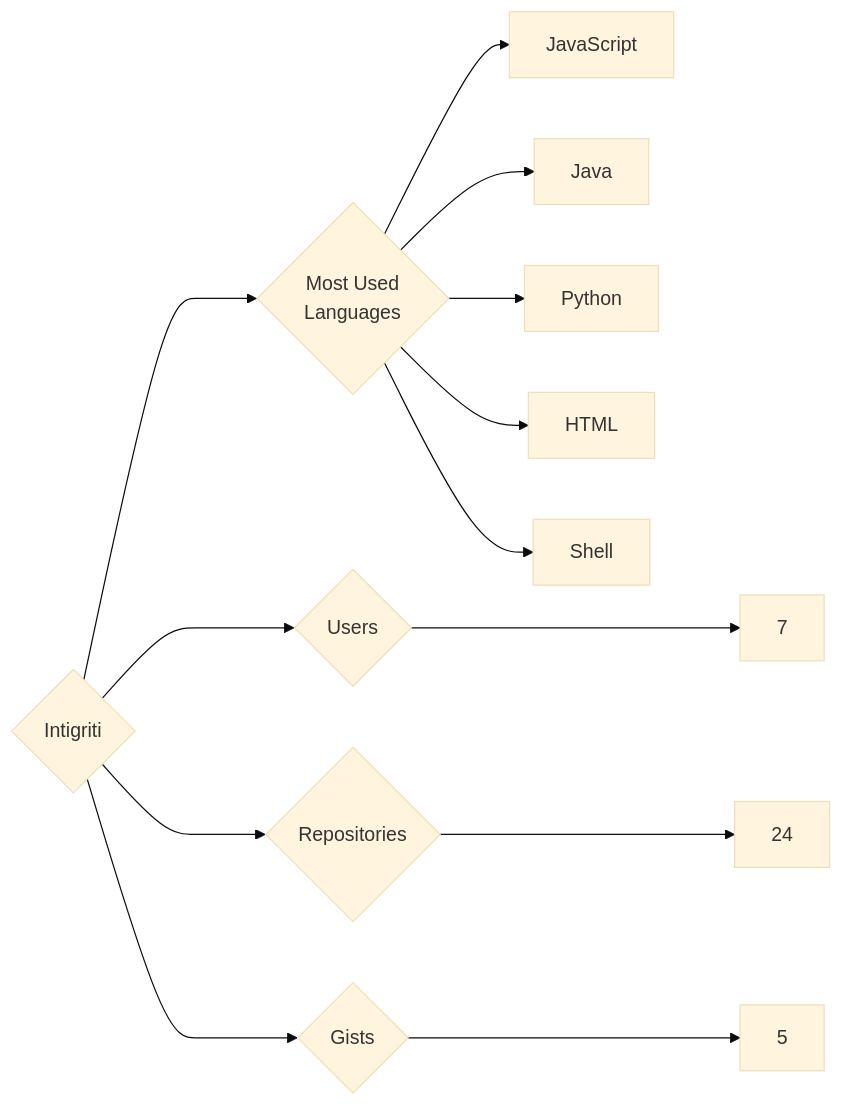
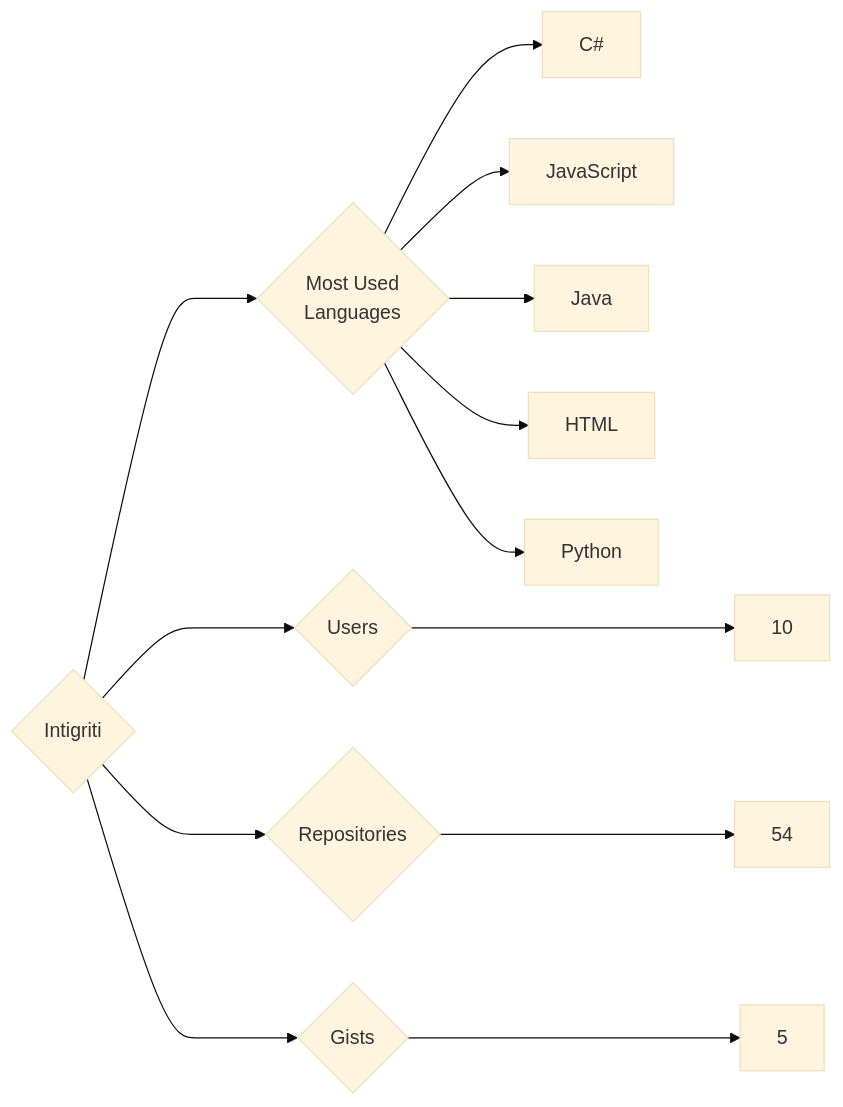
One commit to trickest/insiders changed the diagram in targets/Intigriti/README.md. Above: the diagram before and after it, drawn with Mermaid (base theme). The commit also changed 899 other files, not shown here.

````diff
--- a/targets/Intigriti/README.md
+++ b/targets/Intigriti/README.md
@@ -3,13 +3,13 @@
 ```mermaid
 graph LR
 COMPANY_NAME{Intigriti}
-COMPANY_NAME ---> U{Users} ---> UN[7]
-COMPANY_NAME ---> R{Repositories} ---> RN[24]
+COMPANY_NAME ---> U{Users} ---> UN[10]
+COMPANY_NAME ---> R{Repositories} ---> RN[54]
 COMPANY_NAME ---> G{Gists} ---> GN[5]
 COMPANY_NAME ---> ML{Most Used<br>Languages}
+ML --> C#[C#]
 ML --> JavaScript[JavaScript]
 ML --> Java[Java]
+ML --> HTML[HTML]
 ML --> Python[Python]
-ML --> HTML[HTML]
-ML --> Shell[Shell]
 ```
````
